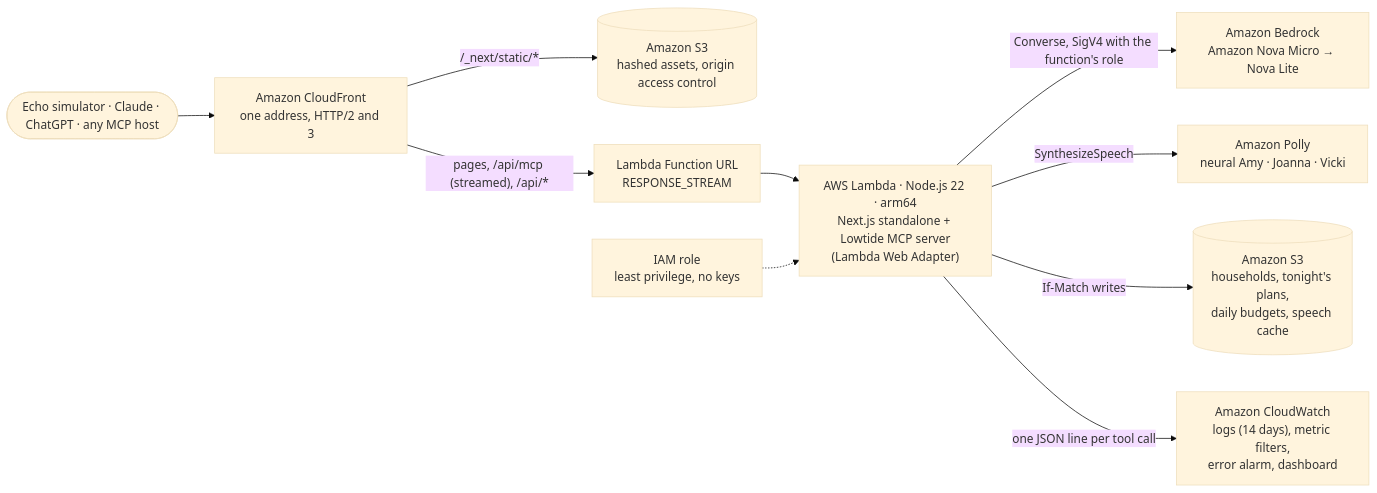
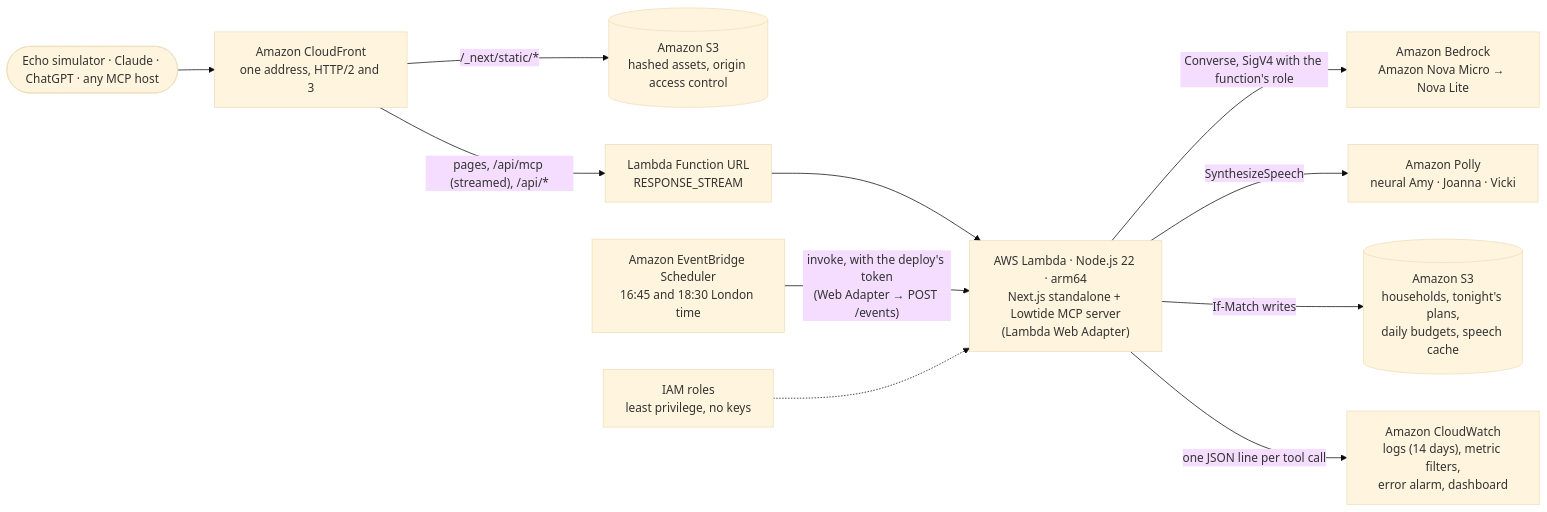
The third of 3 diagrams in README.md (RohanGlitched/lowtide), drawn with Mermaid (base theme) before and after one commit. The commit also changed other lines of this file and 2 other files, not shown here.

````diff
--- a/README.md
+++ b/README.md
@@ -145,12 +145,13 @@
 ```mermaid
 flowchart LR
     V(["Echo simulator · Claude · ChatGPT · any MCP host"]) --> CF["Amazon CloudFront<br/>one address, HTTP/2 and 3"]
     CF -- "/_next/static/*" --> S3S[("Amazon S3<br/>hashed assets, origin access control")]
     CF -- "pages, /api/mcp (streamed), /api/*" --> URL["Lambda Function URL<br/>RESPONSE_STREAM"]
     URL --> L["AWS Lambda · Node.js 22 · arm64<br/>Next.js standalone + Lowtide MCP server<br/>(Lambda Web Adapter)"]
     L -- "Converse, SigV4 with the function's role" --> BR["Amazon Bedrock<br/>Amazon Nova Micro → Nova Lite"]
     L -- "SynthesizeSpeech" --> PO["Amazon Polly<br/>neural Amy · Joanna · Vicki"]
     L -- "If-Match writes" --> S3H[("Amazon S3<br/>households, tonight's plans,<br/>daily budgets, speech cache")]
     L -- "one JSON line per tool call" --> CW["Amazon CloudWatch<br/>logs (14 days), metric filters,<br/>error alarm, dashboard"]
-    IAM["IAM role<br/>least privilege, no keys"] -.-> L
+    EB["Amazon EventBridge Scheduler<br/>16:45 and 18:30 London time"] -- "invoke, with the deploy's token<br/>(Web Adapter → POST /events)" --> L
+    IAM["IAM roles<br/>least privilege, no keys"] -.-> L
 ```
````
